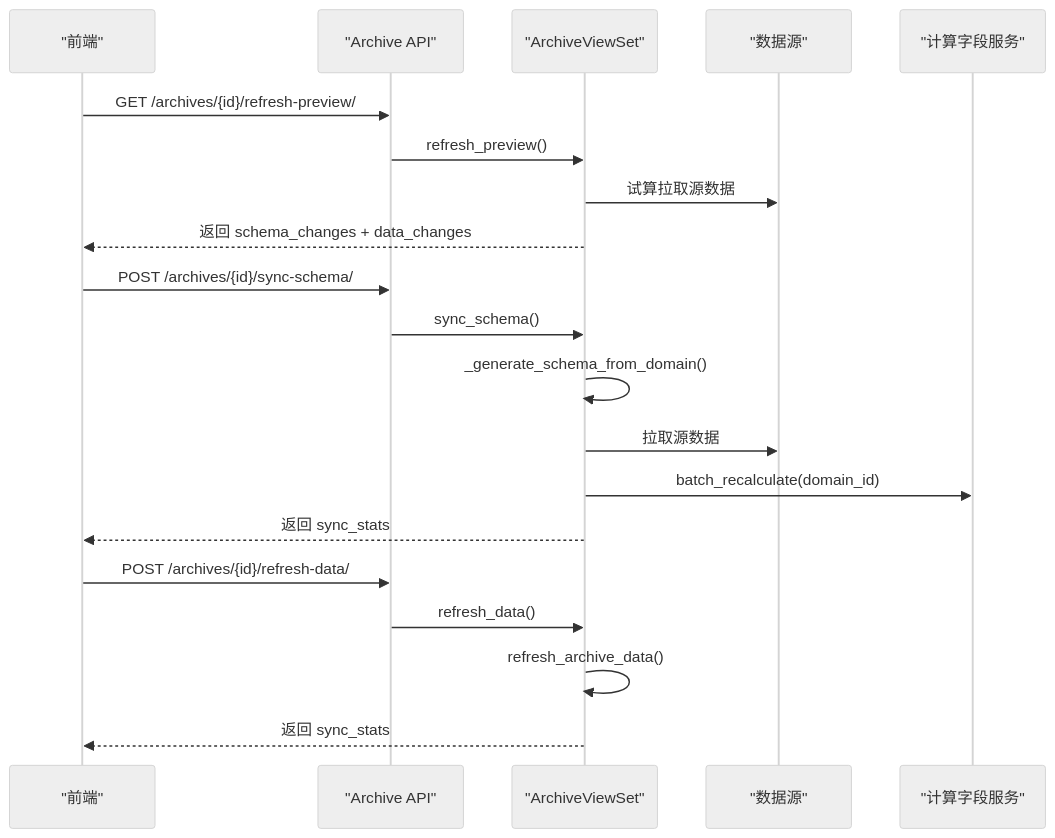
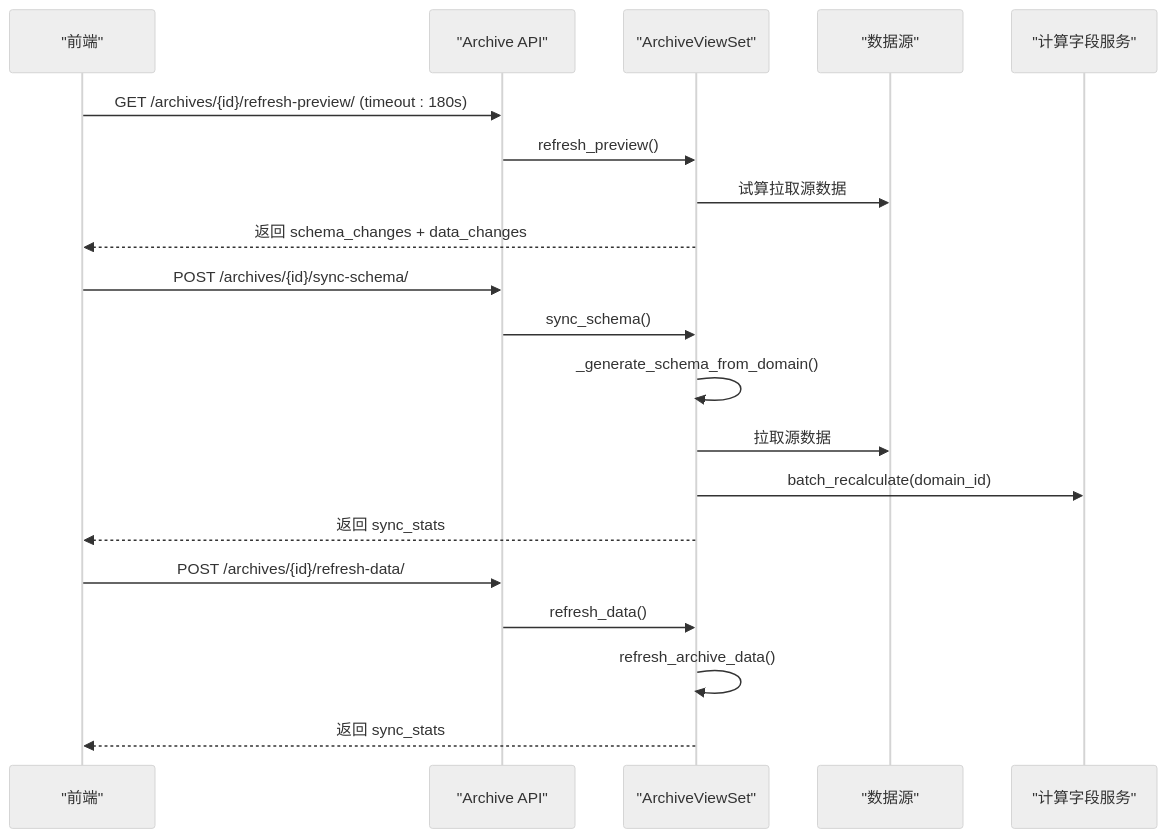
The sixth of 9 diagrams in .qoder/repowiki/zh/content/档案管理模块/档案管理模块.md (zyp-coder/Metadata), drawn with Mermaid (neutral theme) before and after one commit. The commit also changed other lines of this file and 40 other files, not shown here.

````diff
--- a/.qoder/repowiki/zh/content/档案管理模块/档案管理模块.md
+++ b/.qoder/repowiki/zh/content/档案管理模块/档案管理模块.md
@@ -235,22 +247,22 @@
 ```mermaid
 sequenceDiagram
 participant FE as "前端"
 participant API as "Archive API"
 participant V as "ArchiveViewSet"
 participant DS as "数据源"
 participant CS as "计算字段服务"
-FE->>API : GET /archives/{id}/refresh-preview/
+FE->>API : GET /archives/{id}/refresh-preview/ (timeout : 180s)
 API->>V : refresh_preview()
 V->>DS : 试算拉取源数据
 V-->>FE : 返回 schema_changes + data_changes
 FE->>API : POST /archives/{id}/sync-schema/
 API->>V : sync_schema()
 V->>V : _generate_schema_from_domain()
 V->>DS : 拉取源数据
 V->>CS : batch_recalculate(domain_id)
 V-->>FE : 返回 sync_stats
 FE->>API : POST /archives/{id}/refresh-data/
 API->>V : refresh_data()
 V->>V : refresh_archive_data()
 V-->>FE : 返回 sync_stats
 ```
````
